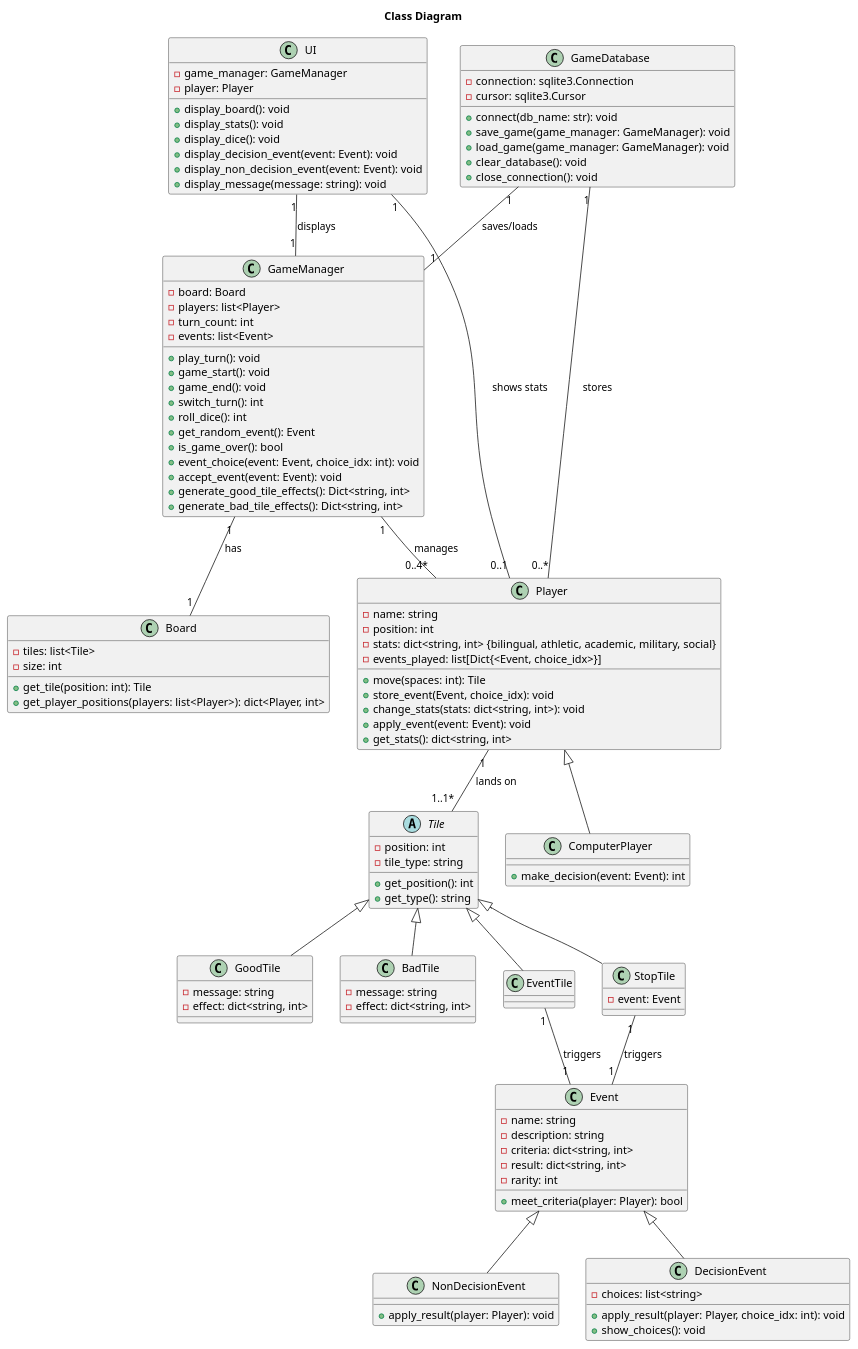
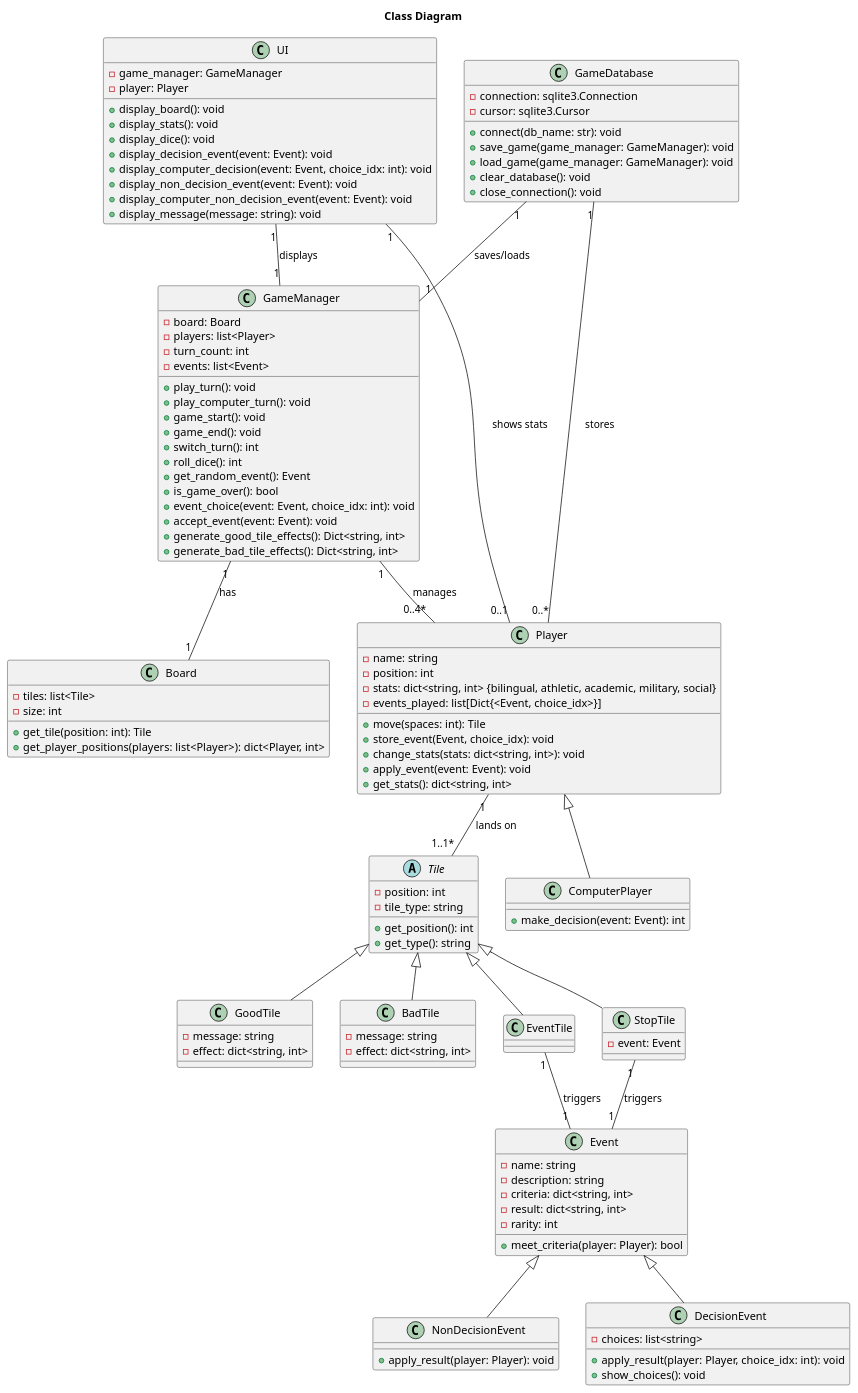
Before and after one commit to CSE-362-2025/BoardGameProject: the diagram in diagrams/class_diagram.puml, drawn with PlantUML. The commit also changed 3 other files, not shown here.

Commit message:
cpu sequence diagram

```diff
--- a/diagrams/class_diagram.puml
+++ b/diagrams/class_diagram.puml
@@ -1,156 +1,159 @@
 @startuml class_diagram
 title "Class Diagram"
 ' skinparam shadowing false
 ' skinparam classAttributeIconSize 0
 
 class GameDatabase {
     
     - connection: sqlite3.Connection
     - cursor: sqlite3.Cursor
 
     + connect(db_name: str): void
     + save_game(game_manager: GameManager): void
     + load_game(game_manager: GameManager): void
     + clear_database(): void
     + close_connection(): void
 
 }
 
 class Board {
 
     - tiles: list<Tile>
     - size: int
 
     + get_tile(position: int): Tile
     + get_player_positions(players: list<Player>): dict<Player, int>
 }
 
 abstract class Tile {
 
     - position: int
     - tile_type: string
 
     + get_position(): int
     + get_type(): string
 }
 
 class GoodTile {
     - message: string
     - effect: dict<string, int>
 
 }
 
 class BadTile {
     - message: string
     - effect: dict<string, int>
 
 }
 
 class EventTile {
 
 }
 
 class StopTile {
     - event: Event
 
 }
 
 class Player {
 
     - name: string
     - position: int
     - stats: dict<string, int> {bilingual, athletic, academic, military, social}
     - events_played: list[Dict{<Event, choice_idx>}]
 
     + move(spaces: int): Tile
     + store_event(Event, choice_idx): void
     + change_stats(stats: dict<string, int>): void
     + apply_event(event: Event): void
     + get_stats(): dict<string, int>
 
 }
 
 class ComputerPlayer {
 
     + make_decision(event: Event): int
 }
 
 class Event {
 
     - name: string
     - description: string
     - criteria: dict<string, int>
     - result: dict<string, int>
     - rarity: int
 
     + meet_criteria(player: Player): bool
 }
 
 class NonDecisionEvent {
 
     + apply_result(player: Player): void
 }
 
 class DecisionEvent {
     - choices: list<string>
 
     + apply_result(player: Player, choice_idx: int): void
     + show_choices(): void
 }
 
 
 class GameManager {
 
     - board: Board
     - players: list<Player>
     - turn_count: int
     - events: list<Event>
 
     + play_turn(): void
+    + play_computer_turn(): void
     + game_start(): void
     + game_end(): void
     + switch_turn(): int
     + roll_dice(): int
     + get_random_event(): Event
     + is_game_over(): bool
     + event_choice(event: Event, choice_idx: int): void
     + accept_event(event: Event): void
     + generate_good_tile_effects(): Dict<string, int>
     + generate_bad_tile_effects(): Dict<string, int>
 }
 
 class UI {
 
     - game_manager: GameManager
     - player: Player
 
     + display_board(): void
     + display_stats(): void
     + display_dice(): void
     + display_decision_event(event: Event): void
+    + display_computer_decision(event: Event, choice_idx: int): void
     + display_non_decision_event(event: Event): void
+    + display_computer_non_decision_event(event: Event): void
     + display_message(message: string): void
 }
 
 
 ' Relationships
 
 Player "1" -- "1..1*" Tile : "lands on"
 GameDatabase "1" -- "0..*" Player : "stores"
 GameDatabase "1" -- "1" GameManager : "saves/loads"
 GameManager "1" -- "0..4*" Player : "manages"
 GameManager "1" -- "1" Board : "has"
 UI "1" -- "1" GameManager : "displays"
 UI "1" -- "0..1" Player : "shows stats"
 EventTile "1" -- "1" Event : "triggers"
 StopTile "1" -- "1" Event : "triggers"
 Tile <|-- GoodTile
 Tile <|-- BadTile
 Tile <|-- EventTile
 Tile <|-- StopTile
 Event <|-- NonDecisionEvent
 Event <|-- DecisionEvent
 Player <|-- ComputerPlayer
 
 
 @enduml
```
